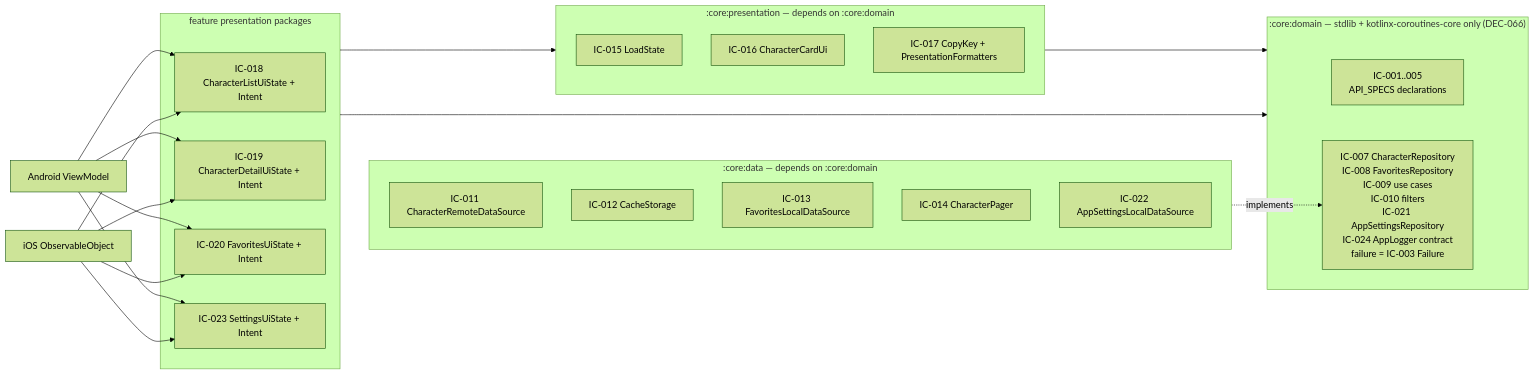
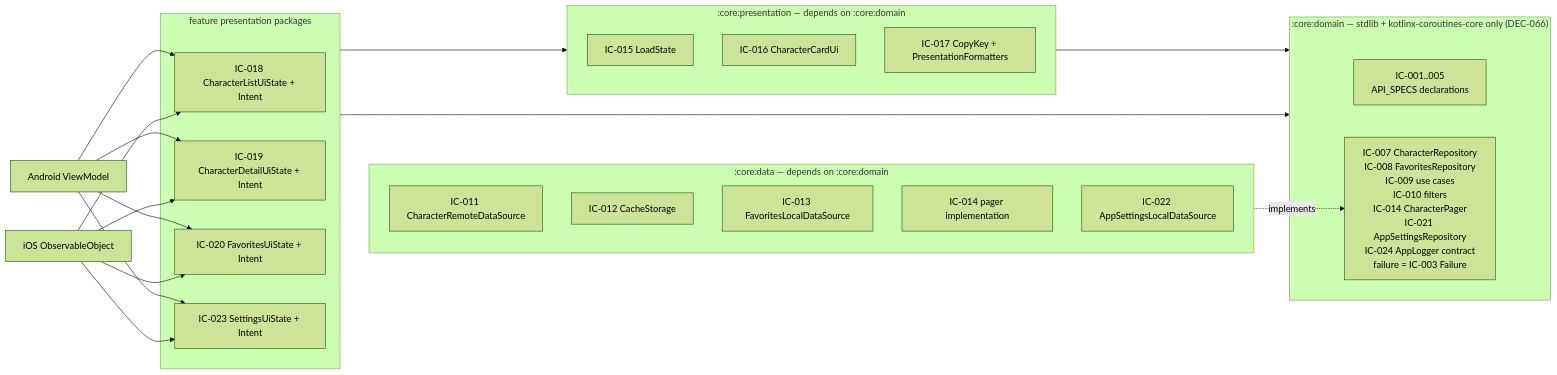
The diagram in docs/CONTRACTS.md (davidru85/RickAndMorty), drawn with Mermaid (forest theme) before and after one commit. The commit also changed other lines of this file and 10 other files, not shown here.

````diff
--- a/docs/CONTRACTS.md
+++ b/docs/CONTRACTS.md
@@ -29,37 +29,37 @@
 ```mermaid
 flowchart LR
     subgraph Domain[":core:domain — stdlib + kotlinx-coroutines-core only (DEC-066)"]
         ID[IC-001..005<br/>API_SPECS declarations]
-        REPO[IC-007 CharacterRepository<br/>IC-008 FavoritesRepository<br/>IC-009 use cases<br/>IC-010 filters<br/>IC-021 AppSettingsRepository<br/>IC-024 AppLogger contract<br/>failure = IC-003 Failure]
+        REPO[IC-007 CharacterRepository<br/>IC-008 FavoritesRepository<br/>IC-009 use cases<br/>IC-010 filters<br/>IC-014 CharacterPager<br/>IC-021 AppSettingsRepository<br/>IC-024 AppLogger contract<br/>failure = IC-003 Failure]
     end
     subgraph Data[":core:data — depends on :core:domain"]
         REMOTE[IC-011 CharacterRemoteDataSource]
         CACHE[IC-012 CacheStorage]
         LOCAL[IC-013 FavoritesLocalDataSource]
-        PAGER[IC-014 CharacterPager]
+        PAGER[IC-014 pager implementation]
         PREFS[IC-022 AppSettingsLocalDataSource]
     end
     subgraph Pres[":core:presentation — depends on :core:domain"]
         LOAD[IC-015 LoadState]
         CARD[IC-016 CharacterCardUi]
         FMT[IC-017 CopyKey + PresentationFormatters]
     end
     subgraph Feature["feature presentation packages"]
         LIST[IC-018 CharacterListUiState + Intent]
         DETAIL[IC-019 CharacterDetailUiState + Intent]
         FAV[IC-020 FavoritesUiState + Intent]
         SET[IC-023 SettingsUiState + Intent]
     end
     Data -. implements .-> REPO
     Pres --> Domain
     Feature --> Pres
     Feature --> Domain
     Android[Android ViewModel] --> LIST
     Android --> DETAIL
     Android --> FAV
     Android --> SET
     iOS[iOS ObservableObject] --> LIST
     iOS --> DETAIL
     iOS --> FAV
     iOS --> SET
 ```
````
